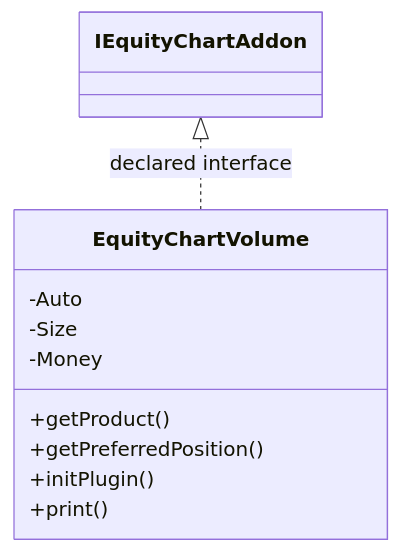
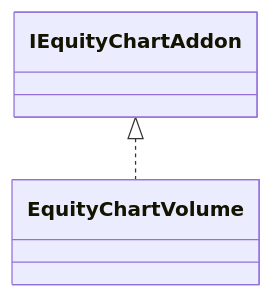
One commit to haruperi/HaruQuantAI changed the diagram in docs/sqx/Results/EquityChartVolume.md. Above: the diagram before and after it, drawn with Mermaid. The commit also changed other lines of this file and 1688 other files, not shown here.

````diff
--- a/docs/sqx/Results/EquityChartVolume.md
+++ b/docs/sqx/Results/EquityChartVolume.md
@@ -30,14 +26,6 @@
 ```mermaid
 classDiagram
-    class C75e391431ee6["EquityChartVolume"] {
-        -Auto
-        -Size
-        -Money
-        +getProduct()
-        +getPreferredPosition()
-        +initPlugin()
-        +print()
-    }
-    class C192f9089a204["IEquityChartAddon"]
-    C192f9089a204 <|.. C75e391431ee6 : declared interface
+    class C0["EquityChartVolume"]
+    class E0["IEquityChartAddon"]
+    E0 <|.. C0
 ```
````
